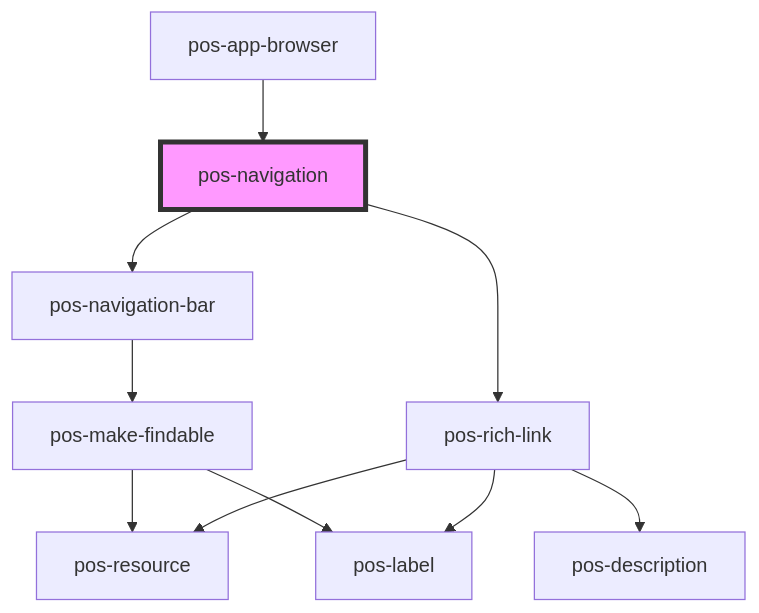
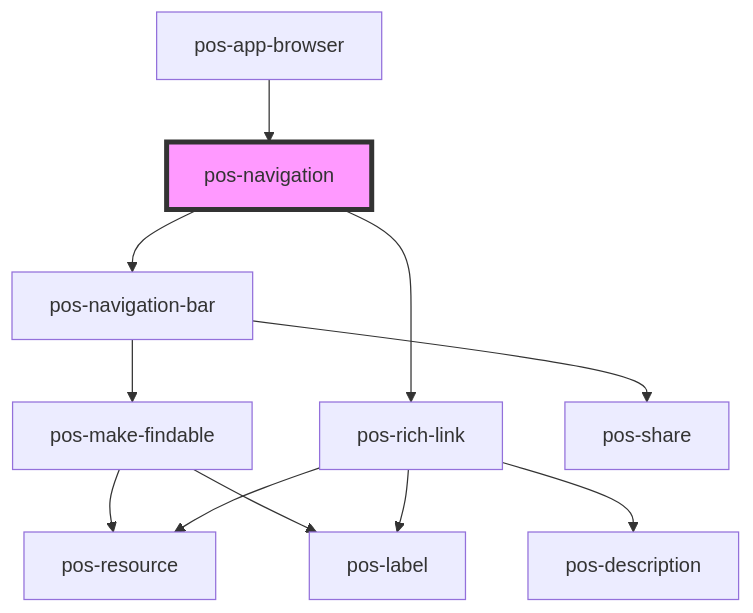
The diagram in docs/elements/components/pos-navigation/readme.md (pod-os/PodOS), drawn with Mermaid before and after one commit. The commit also changed 5 other files, not shown here.

````diff
--- a/docs/elements/components/pos-navigation/readme.md
+++ b/docs/elements/components/pos-navigation/readme.md
@@ -33,13 +33,14 @@
 ```mermaid
 graph TD;
   pos-navigation --> pos-navigation-bar
   pos-navigation --> pos-rich-link
   pos-navigation-bar --> pos-make-findable
+  pos-navigation-bar --> pos-share
   pos-make-findable --> pos-resource
   pos-make-findable --> pos-label
   pos-rich-link --> pos-label
   pos-rich-link --> pos-description
   pos-rich-link --> pos-resource
   pos-app-browser --> pos-navigation
   style pos-navigation fill:#f9f,stroke:#333,stroke-width:4px
 ```
````
